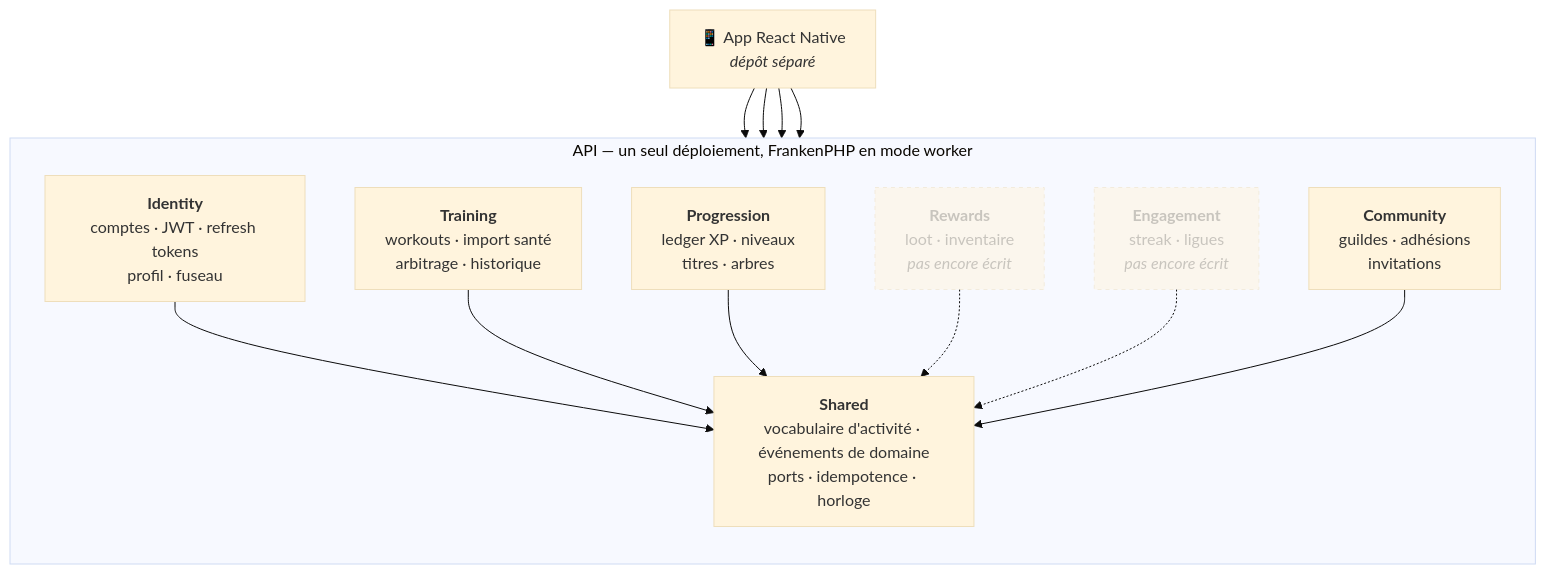
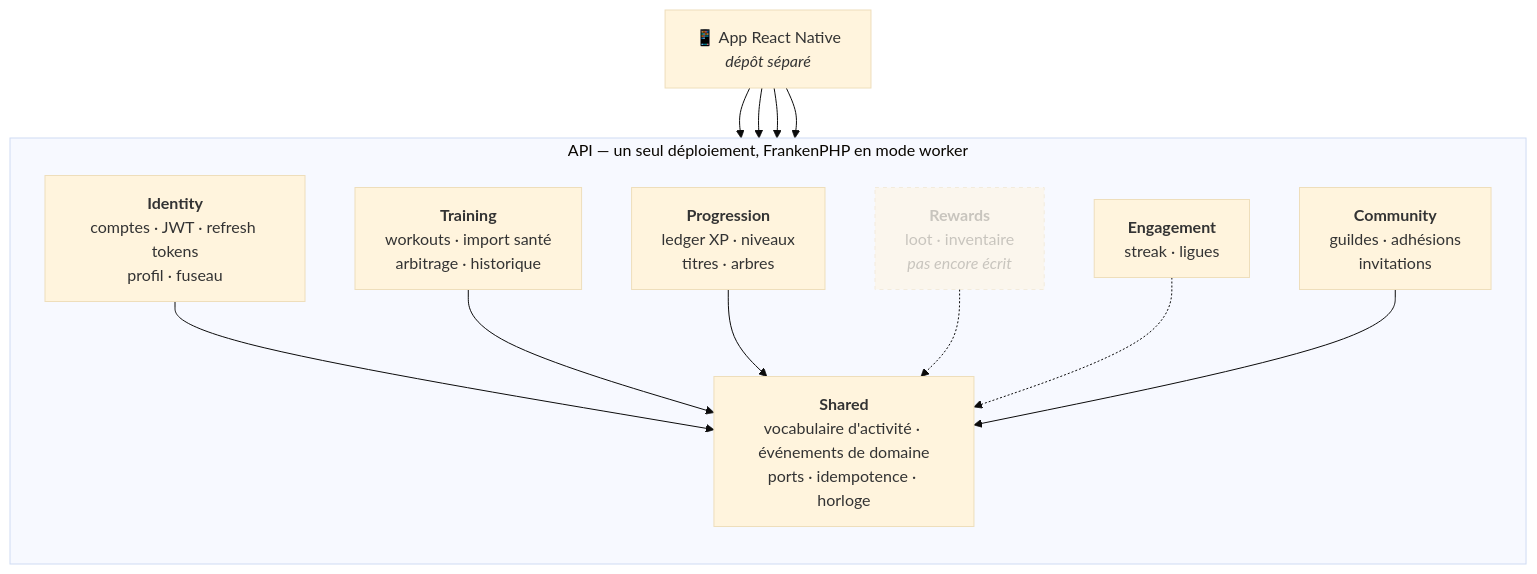
One commit to younesdiouri/grrind-back changed the first of 13 diagrams in ARCHITECTURE.md. Above: the diagram before and after it, drawn with Mermaid (base theme). The commit also changed other lines of this file and 27 other files, not shown here.

````diff
--- a/ARCHITECTURE.md
+++ b/ARCHITECTURE.md
@@ -24,30 +24,30 @@
 ```mermaid
 flowchart TB
     app["📱 App React Native<br/><i>dépôt séparé</i>"]
 
     subgraph api["API — un seul déploiement, FrankenPHP en mode worker"]
         direction TB
         identity["<b>Identity</b><br/>comptes · JWT · refresh tokens<br/>profil · fuseau"]
         training["<b>Training</b><br/>workouts · import santé<br/>arbitrage · historique"]
         progression["<b>Progression</b><br/>ledger XP · niveaux<br/>titres · arbres"]
         rewards["<b>Rewards</b><br/>loot · inventaire<br/><i>pas encore écrit</i>"]
-        engagement["<b>Engagement</b><br/>streak · ligues<br/><i>pas encore écrit</i>"]
+        engagement["<b>Engagement</b><br/>streak · ligues"]
         community["<b>Community</b><br/>guildes · adhésions<br/>invitations"]
         shared["<b>Shared</b><br/>vocabulaire d'activité · événements de domaine<br/>ports · idempotence · horloge"]
     end
 
     app --> identity
     app --> training
     app --> progression
     app --> community
 
     identity --> shared
     training --> shared
     progression --> shared
     rewards -.-> shared
     engagement -.-> shared
     community --> shared
 
     classDef todo stroke-dasharray:4 4,opacity:0.5
-    class rewards,engagement todo
+    class rewards todo
 ```
````
